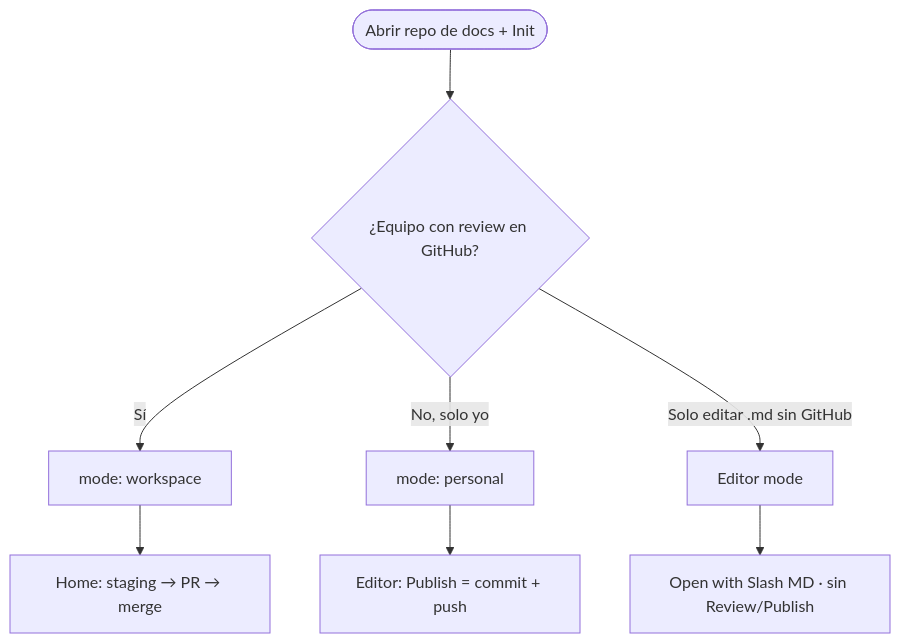
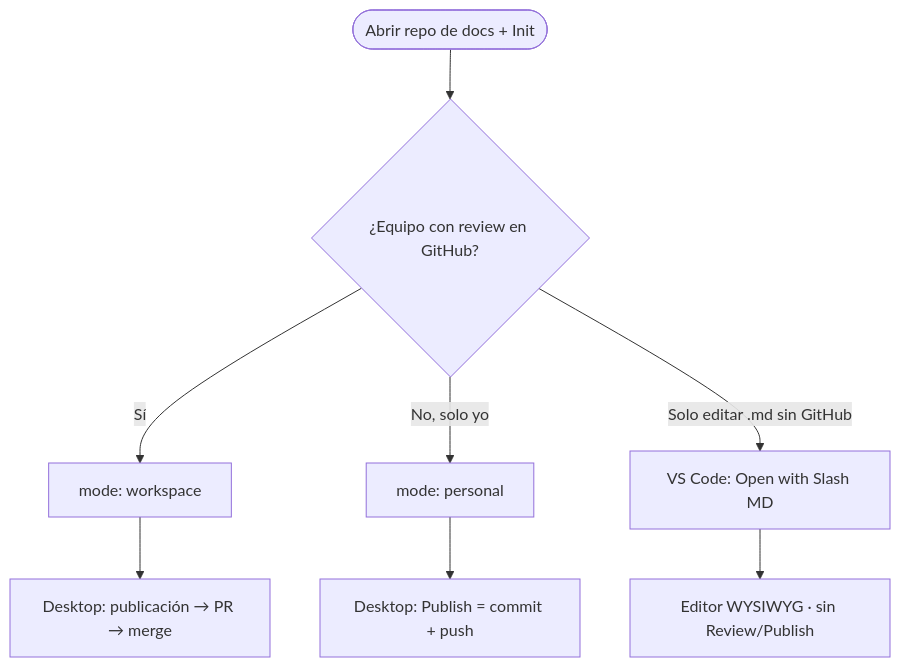
Before and after one commit to SaulMoreyra/slash-md: the first of 11 diagrams in docs/FLOWS.md, drawn with Mermaid. The commit also changed other lines of this file and 671 other files, not shown here.

Commit message:
feat: create review process with merge conflicts

````diff
--- a/docs/FLOWS.md
+++ b/docs/FLOWS.md
@@ -13,10 +15,10 @@
 ```mermaid
 flowchart TD
   start([Abrir repo de docs + Init]) --> ask{¿Equipo con review en GitHub?}
   ask -->|Sí| ws["mode: workspace"]
   ask -->|No, solo yo| pe["mode: personal"]
-  ask -->|Solo editar .md sin GitHub| ed[Editor mode]
-  ws --> homeWs[Home: staging → PR → merge]
-  pe --> barPe[Editor: Publish = commit + push]
-  ed --> local[Open with Slash MD · sin Review/Publish]
+  ask -->|Solo editar .md sin GitHub| ed[VS Code: Open with Slash MD]
+  ws --> homeWs[Desktop: publicación → PR → merge]
+  pe --> barPe[Desktop: Publish = commit + push]
+  ed --> local[Editor WYSIWYG · sin Review/Publish]
 ```
````
